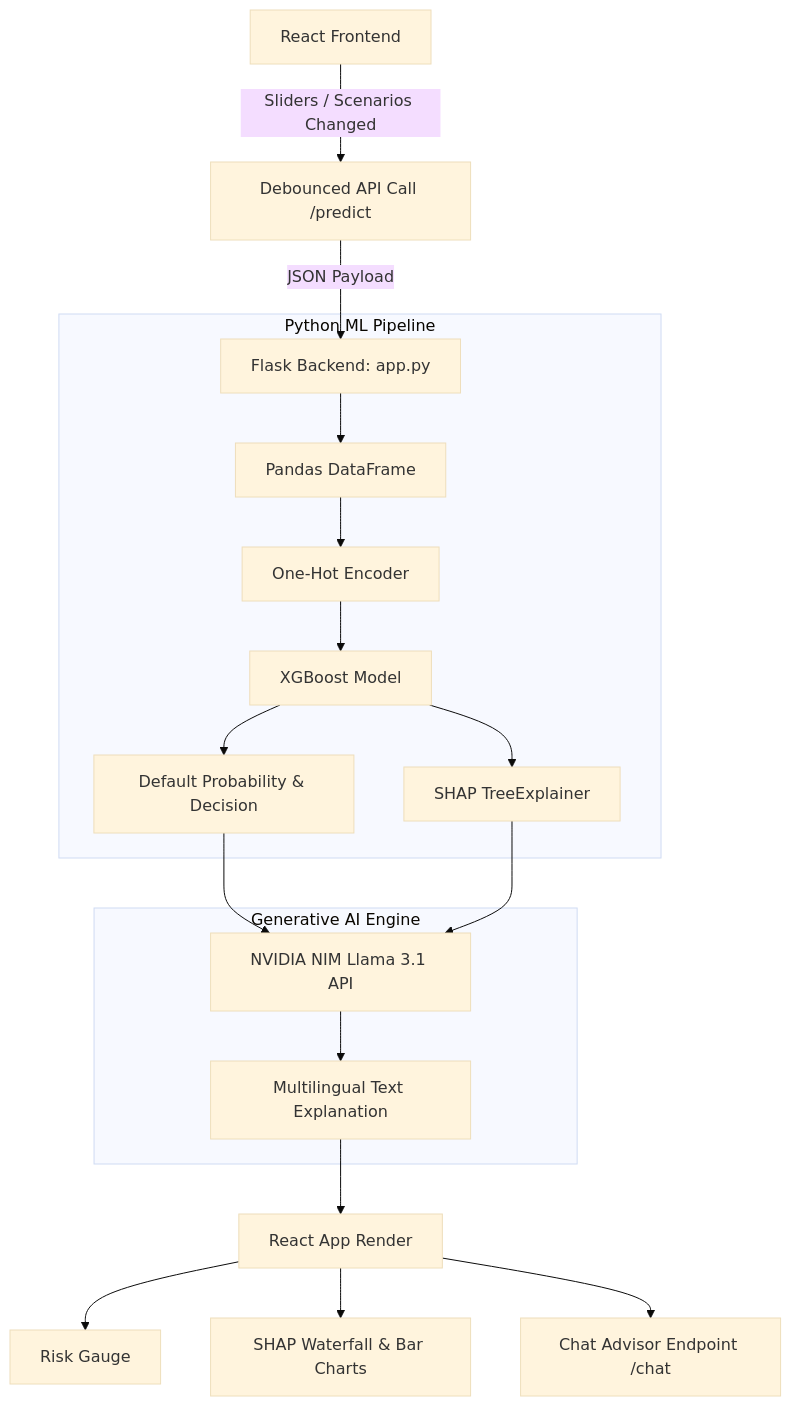
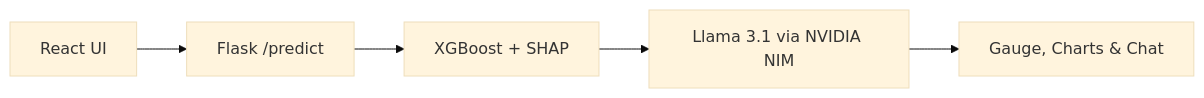
Before and after one commit to m-rishab/Credit-Risk-StressLab: the diagram in README.md, drawn with Mermaid (base theme).

Commit message:
Revise architecture diagram and improve README formatting
Updated architecture diagram and fixed formatting in README.

````diff
--- a/README.md
+++ b/README.md
@@ -19,23 +19,7 @@
 ```mermaid
-graph TD
-    A[React Frontend] -->|Sliders / Scenarios Changed| B[Debounced API Call /predict]
-    B -->|JSON Payload| C[Flask Backend: app.py]
-
-    subgraph Python ML Pipeline
-        C --> D[Pandas DataFrame]
-        D --> E[One-Hot Encoder]
-        E --> F[XGBoost Model]
-        F --> G[Default Probability & Decision]
-        F --> H[SHAP TreeExplainer]
-    end
-
-    subgraph Generative AI Engine
-        G & H --> I[NVIDIA NIM Llama 3.1 API]
-        I --> J[Multilingual Text Explanation]
-    end
-
-    J --> K[React App Render]
-    K --> L[Risk Gauge]
-    K --> M[SHAP Waterfall & Bar Charts]
-    K --> N[Chat Advisor Endpoint /chat]
+graph LR
+    A[React UI] --> B[Flask /predict]
+    B --> C[XGBoost + SHAP]
+    C --> D[Llama 3.1 via NVIDIA NIM]
+    D --> E[Gauge, Charts & Chat]
 ```
````
